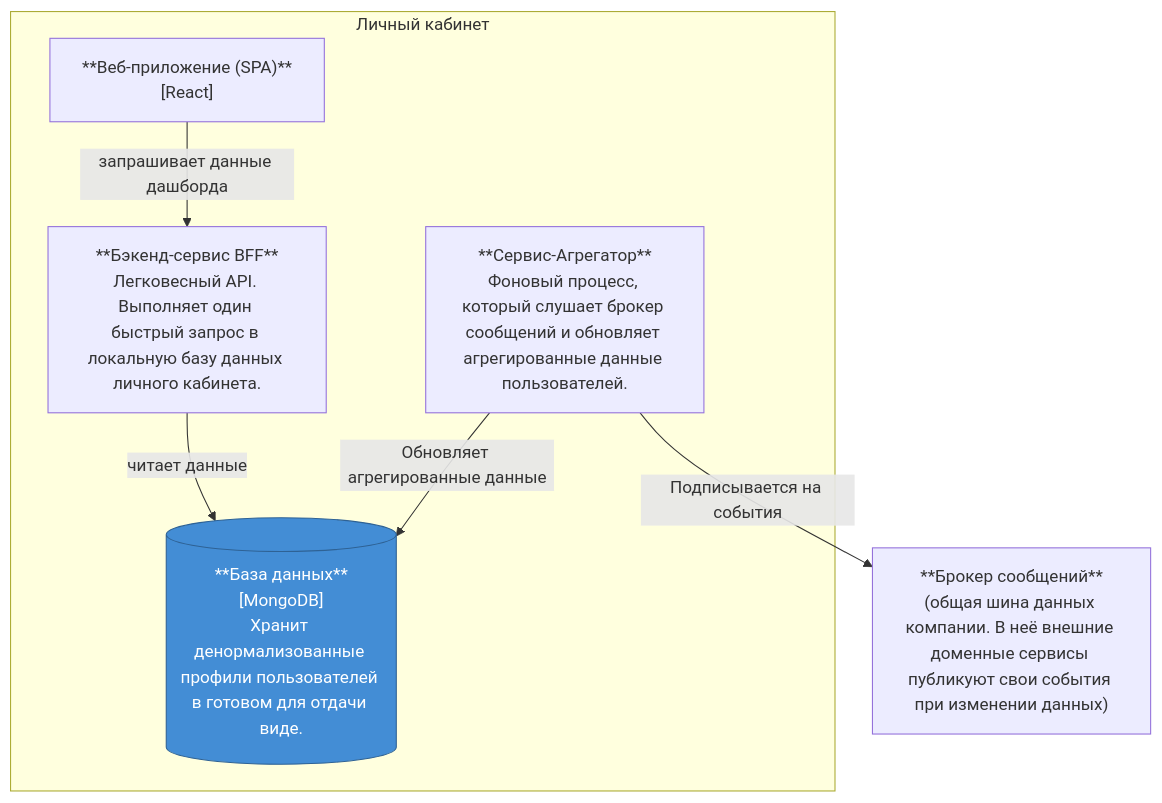
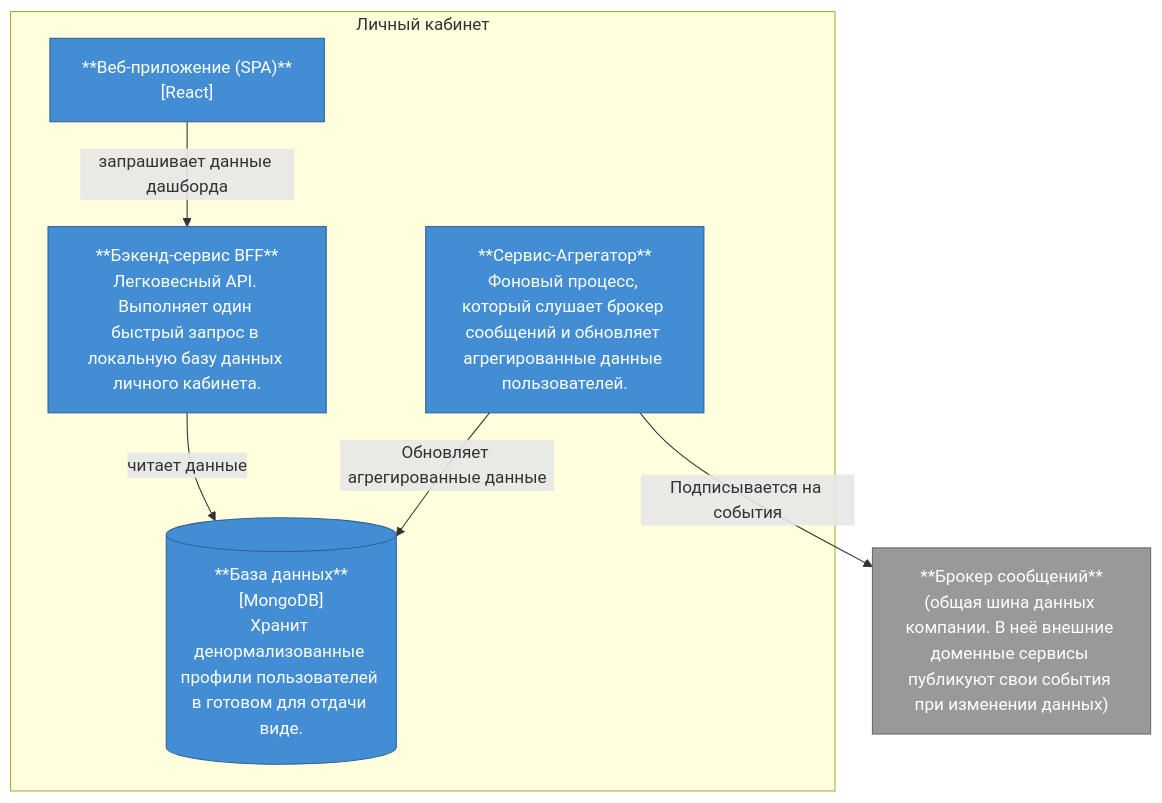
The diagram in docs/views/c4-containers.md (lordofinterface/otus_frontend_architecture), drawn with Mermaid before and after one commit. The commit also changed 3 other files, not shown here.

````diff
--- a/docs/views/c4-containers.md
+++ b/docs/views/c4-containers.md
@@ -2,21 +2,21 @@
 ```mermaid
 flowchart TB
     broker["**Брокер сообщений**<br/>(общая шина данных компании. В неё внешние доменные сервисы публикуют свои события при изменении данных)"]
 
     subgraph ns["Личный кабинет"]
         web["**Веб-приложение (SPA)**<br/>[React]"]
         db[("**База данных**<br/>[MongoDB]<br/>Хранит денормализованные профили пользователей в готовом для отдачи виде.")]
         bff["**Бэкенд-сервис BFF**<br/>Легковесный API. Выполняет один быстрый запрос в локальную базу данных личного кабинета."]
         agregator["**Сервис-Агрегатор**<br/>Фоновый процесс, который слушает брокер сообщений и обновляет агрегированные данные пользователей."]
     end
 
     web --> |"запрашивает данные дашборда"| bff
     bff --> |"читает данные"| db
     agregator --> |"Обновляет агрегированные данные"| db
     agregator --> |"Подписывается на события"| broker
 
     classDef container fill:#438dd5,stroke:#2e6295,color:#ffffff;
     classDef external fill:#999999,stroke:#6b6b6b,color:#ffffff;
-    class app,db,mq container;
-    class senders,smtp,sms external;
+    class web,bff,agregator,db container;
+    class broker external;
 ```
````
